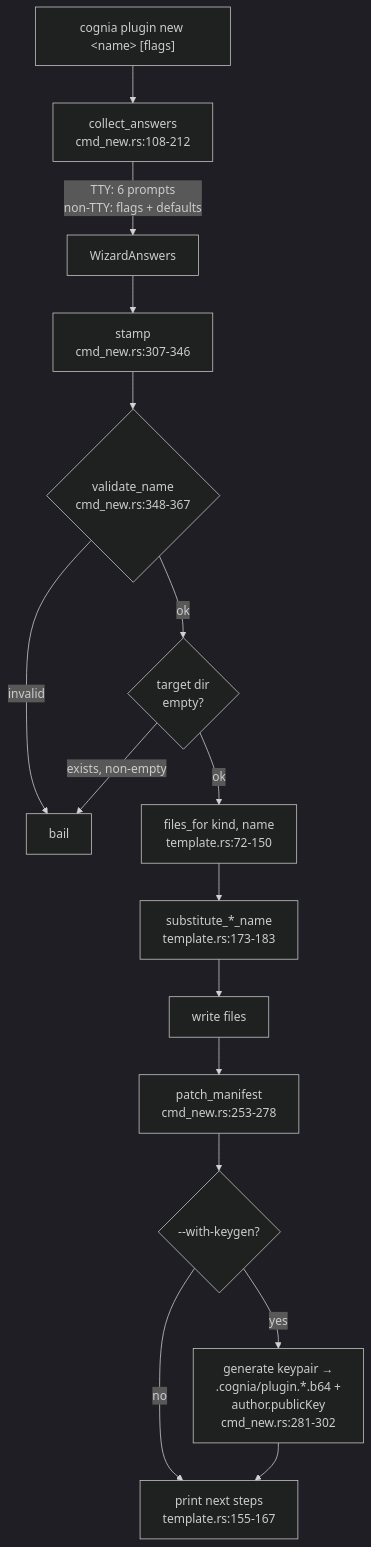
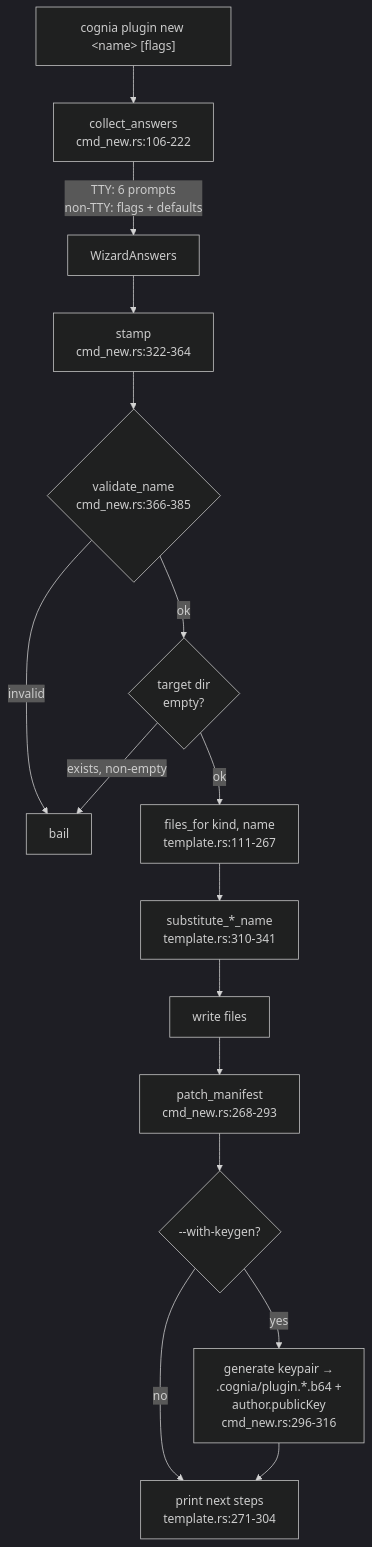
One commit to MaxQian888/cognia-next changed the diagram in docs/content/docs/en/subsystems/cognia-cli/scaffolding.mdx. Above: the diagram before and after it, drawn with Mermaid (dark theme). The commit also changed other lines of this file and 17 other files, not shown here.

````diff
--- a/docs/content/docs/en/subsystems/cognia-cli/scaffolding.mdx
+++ b/docs/content/docs/en/subsystems/cognia-cli/scaffolding.mdx
@@ -20,18 +20,18 @@
 ```mermaid
 flowchart TD
-  CMD["cognia plugin new &lt;name&gt; [flags]"] --> CA[collect_answers<br/>cmd_new.rs:108-212]
+  CMD["cognia plugin new &lt;name&gt; [flags]"] --> CA[collect_answers<br/>cmd_new.rs:106-222]
   CA -- "TTY: 6 prompts<br/>non-TTY: flags + defaults" --> WA[WizardAnswers]
-  WA --> ST[stamp<br/>cmd_new.rs:307-346]
-  ST --> VN{validate_name<br/>cmd_new.rs:348-367}
+  WA --> ST[stamp<br/>cmd_new.rs:322-364]
+  ST --> VN{validate_name<br/>cmd_new.rs:366-385}
   VN -- invalid --> ERR[bail]
   VN -- ok --> DIR{target dir<br/>empty?}
   DIR -- "exists, non-empty" --> ERR
-  DIR -- ok --> FF[files_for kind, name<br/>template.rs:72-150]
-  FF --> SUB[substitute_*_name<br/>template.rs:173-183]
+  DIR -- ok --> FF[files_for kind, name<br/>template.rs:111-267]
+  FF --> SUB[substitute_*_name<br/>template.rs:310-341]
   SUB --> W[write files]
-  W --> PM[patch_manifest<br/>cmd_new.rs:253-278]
+  W --> PM[patch_manifest<br/>cmd_new.rs:268-293]
   PM --> KG{--with-keygen?}
-  KG -- yes --> EK[generate keypair →<br/>.cognia/plugin.*.b64 +<br/>author.publicKey<br/>cmd_new.rs:281-302]
+  KG -- yes --> EK[generate keypair →<br/>.cognia/plugin.*.b64 +<br/>author.publicKey<br/>cmd_new.rs:296-316]
   KG -- no --> NS
-  EK --> NS[print next steps<br/>template.rs:155-167]
+  EK --> NS[print next steps<br/>template.rs:271-304]
 ```
````
